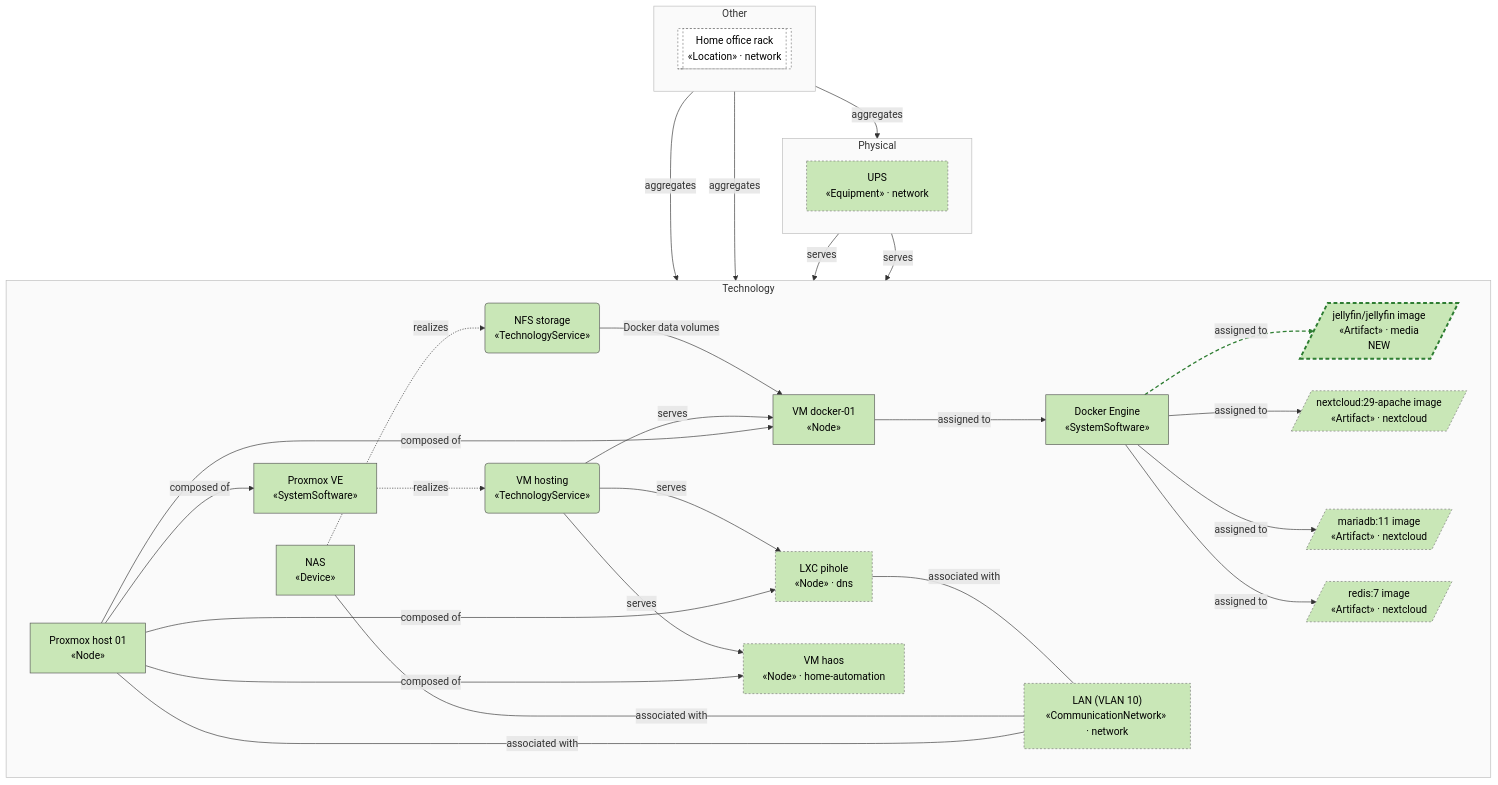
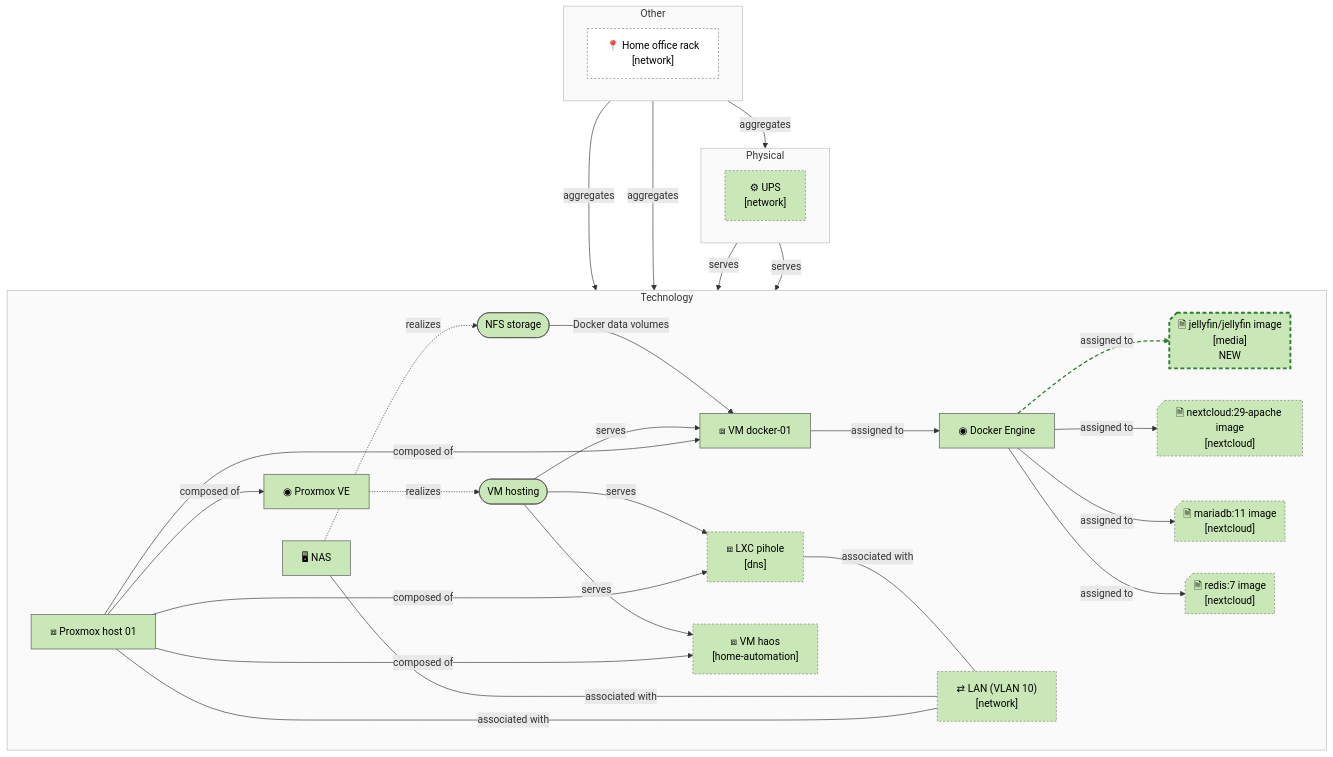
The first of 3 diagrams in docs/compute/view-infrastructure.md (b-zig/a4m), drawn with Mermaid before and after one commit. The commit also changed other lines of this file and 15 other files, not shown here.

First line of the commit message:
Approximate ArchiMate notation in Mermaid flowcharts

````diff
--- a/docs/compute/view-infrastructure.md
+++ b/docs/compute/view-infrastructure.md
@@ -8,65 +8,65 @@
 ```mermaid
 flowchart TB
   subgraph layer_technology["Technology"]
     direction LR
-    tech_pve_01["Proxmox host 01<br/>«Node»"]
-    tech_proxmox_ve["Proxmox VE<br/>«SystemSoftware»"]
-    tech_vm_docker["VM docker-01<br/>«Node»"]
-    tech_docker["Docker Engine<br/>«SystemSoftware»"]
-    tech_nas["NAS<br/>«Device»"]
-    tech_svc_vm_hosting("VM hosting<br/>«TechnologyService»")
-    tech_svc_nfs("NFS storage<br/>«TechnologyService»")
-    dns__tech_lxc_pihole["LXC pihole<br/>«Node» · dns"]
-    home_automation__tech_vm_haos["VM haos<br/>«Node» · home-automation"]
-    media__tech_art_jellyfin[/"jellyfin/jellyfin image<br/>«Artifact» · media<br/>NEW"/]
-    network__tech_net_lan["LAN (VLAN 10)<br/>«CommunicationNetwork» · network"]
-    nextcloud__tech_art_mariadb[/"mariadb:11 image<br/>«Artifact» · nextcloud"/]
-    nextcloud__tech_art_nextcloud[/"nextcloud:29-apache image<br/>«Artifact» · nextcloud"/]
-    nextcloud__tech_art_redis[/"redis:7 image<br/>«Artifact» · nextcloud"/]
+    tech_pve_01@{ shape: rect, label: "⧈ Proxmox host 01" }
+    tech_proxmox_ve@{ shape: rect, label: "◉ Proxmox VE" }
+    tech_vm_docker@{ shape: rect, label: "⧈ VM docker-01" }
+    tech_docker@{ shape: rect, label: "◉ Docker Engine" }
+    tech_nas@{ shape: rect, label: "🖥 NAS" }
+    tech_svc_vm_hosting@{ shape: stadium, label: "VM hosting" }
+    tech_svc_nfs@{ shape: stadium, label: "NFS storage" }
+    dns__tech_lxc_pihole@{ shape: rect, label: "⧈ LXC pihole<br/>[dns]" }
+    home_automation__tech_vm_haos@{ shape: rect, label: "⧈ VM haos<br/>[home-automation]" }
+    media__tech_art_jellyfin@{ shape: notch-rect, label: "🗎 jellyfin/jellyfin image<br/>[media]<br/>NEW" }
+    network__tech_net_lan@{ shape: rect, label: "⇄ LAN (VLAN 10)<br/>[network]" }
+    nextcloud__tech_art_mariadb@{ shape: notch-rect, label: "🗎 mariadb:11 image<br/>[nextcloud]" }
+    nextcloud__tech_art_nextcloud@{ shape: notch-rect, label: "🗎 nextcloud:29-apache image<br/>[nextcloud]" }
+    nextcloud__tech_art_redis@{ shape: notch-rect, label: "🗎 redis:7 image<br/>[nextcloud]" }
   end
   subgraph layer_physical["Physical"]
     direction LR
-    network__phys_ups["UPS<br/>«Equipment» · network"]
+    network__phys_ups@{ shape: rect, label: "⚙ UPS<br/>[network]" }
   end
   subgraph layer_other["Other"]
     direction LR
-    network__oth_loc_home[["Home office rack<br/>«Location» · network"]]
+    network__oth_loc_home@{ shape: rect, label: "📍 Home office rack<br/>[network]" }
   end
   tech_pve_01 -->|"composed of"| tech_proxmox_ve
   tech_pve_01 -->|"composed of"| tech_vm_docker
   tech_proxmox_ve -.->|"realizes"| tech_svc_vm_hosting
   tech_svc_vm_hosting -->|"serves"| tech_vm_docker
   tech_vm_docker -->|"assigned to"| tech_docker
   tech_nas -.->|"realizes"| tech_svc_nfs
   tech_svc_nfs -->|"Docker data volumes"| tech_vm_docker
   network__oth_loc_home -->|"aggregates"| tech_pve_01
   network__oth_loc_home -->|"aggregates"| tech_nas
   network__phys_ups -->|"serves"| tech_pve_01
   network__phys_ups -->|"serves"| tech_nas
   tech_pve_01 ---|"associated with"| network__tech_net_lan
   tech_nas ---|"associated with"| network__tech_net_lan
   tech_pve_01 -->|"composed of"| dns__tech_lxc_pihole
   tech_svc_vm_hosting -->|"serves"| dns__tech_lxc_pihole
   dns__tech_lxc_pihole ---|"associated with"| network__tech_net_lan
   tech_pve_01 -->|"composed of"| home_automation__tech_vm_haos
   tech_svc_vm_hosting -->|"serves"| home_automation__tech_vm_haos
   tech_docker -->|"assigned to"| media__tech_art_jellyfin
   network__oth_loc_home -->|"aggregates"| network__phys_ups
   tech_docker -->|"assigned to"| nextcloud__tech_art_nextcloud
   tech_docker -->|"assigned to"| nextcloud__tech_art_mariadb
   tech_docker -->|"assigned to"| nextcloud__tech_art_redis
   classDef technology fill:#C9E7B7,stroke:#555,color:#000
   class tech_pve_01,tech_proxmox_ve,tech_vm_docker,tech_docker,tech_nas,tech_svc_vm_hosting,tech_svc_nfs,dns__tech_lxc_pihole,home_automation__tech_vm_haos,media__tech_art_jellyfin,network__tech_net_lan,nextcloud__tech_art_mariadb,nextcloud__tech_art_nextcloud,nextcloud__tech_art_redis technology
   style layer_technology fill:#fafafa,stroke:#bbb
   classDef physical fill:#C9E7B7,stroke:#555,color:#000
   class network__phys_ups physical
   style layer_physical fill:#fafafa,stroke:#bbb
   classDef other fill:#FFFFFF,stroke:#555,color:#000
   class network__oth_loc_home other
   style layer_other fill:#fafafa,stroke:#bbb
   classDef foreign stroke:#777,stroke-dasharray:3 3
   class dns__tech_lxc_pihole,home_automation__tech_vm_haos,media__tech_art_jellyfin,network__oth_loc_home,network__phys_ups,network__tech_net_lan,nextcloud__tech_art_mariadb,nextcloud__tech_art_nextcloud,nextcloud__tech_art_redis foreign
   classDef st_new stroke:#2e7d32,stroke-width:3px,stroke-dasharray:6 4
   class media__tech_art_jellyfin st_new
   linkStyle 18 stroke:#2e7d32,stroke-width:2px,stroke-dasharray:6 4
 ```
````
